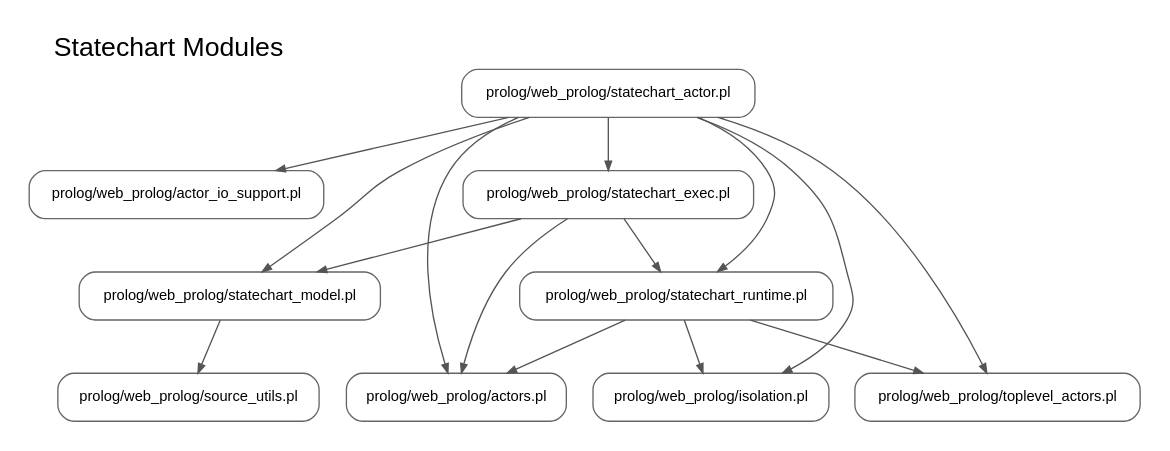
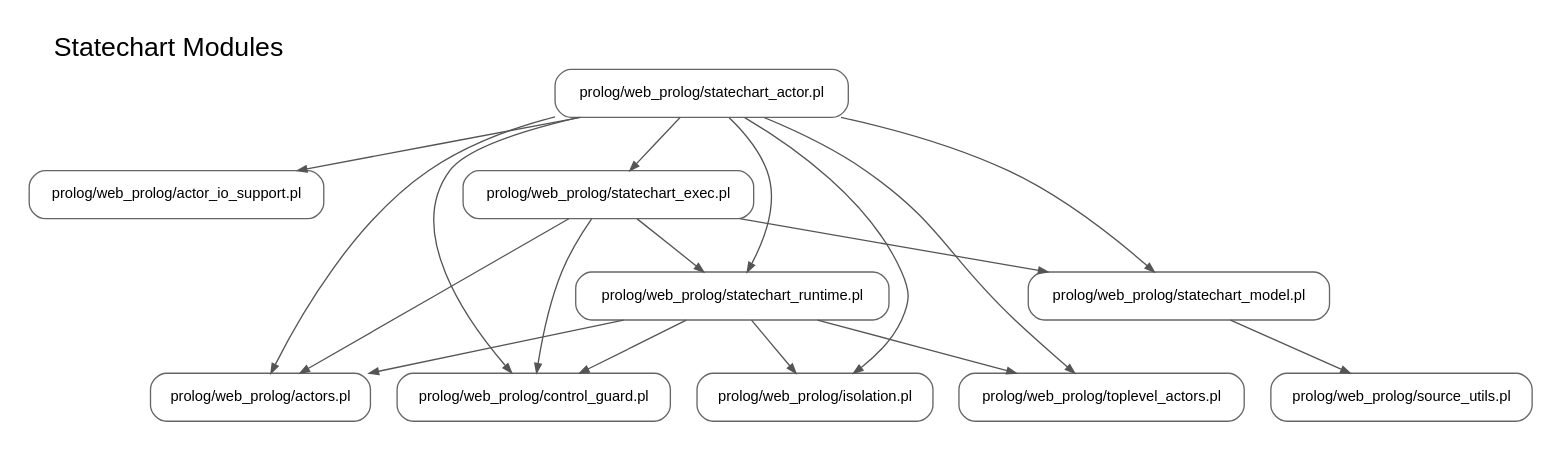
The diagram in docs/generated/dependency_graph/statechart-modules.dot (torbjornlager/trinity-demonstrator), drawn with Graphviz before and after one commit. The commit also changed 30 other files, not shown here.

```diff
--- a/docs/generated/dependency_graph/statechart-modules.dot
+++ b/docs/generated/dependency_graph/statechart-modules.dot
@@ -1,29 +1,33 @@
 digraph dependency_graph {
   graph [rankdir=TB, labelloc=t, labeljust=l, fontsize=20, fontname="Helvetica", overlap=false, splines=true, nodesep=0.28, ranksep=0.55, pad=0.2];
   node [shape=box, style="rounded", color="#666666", fontname="Helvetica", fontsize=11, margin="0.08,0.05"];
   edge [color="#555555", arrowsize=0.7, penwidth=1.0];
   label="Statechart Modules";
   n0 [label="prolog/web_prolog/actor_io_support.pl"];
   n1 [label="prolog/web_prolog/actors.pl"];
-  n2 [label="prolog/web_prolog/isolation.pl"];
-  n3 [label="prolog/web_prolog/source_utils.pl"];
-  n4 [label="prolog/web_prolog/statechart_actor.pl"];
-  n5 [label="prolog/web_prolog/statechart_exec.pl"];
-  n6 [label="prolog/web_prolog/statechart_model.pl"];
-  n7 [label="prolog/web_prolog/statechart_runtime.pl"];
-  n8 [label="prolog/web_prolog/toplevel_actors.pl"];
-  n4 -> n0;
-  n4 -> n1;
-  n4 -> n2;
-  n4 -> n5;
-  n4 -> n6;
-  n4 -> n7;
-  n4 -> n8;
+  n2 [label="prolog/web_prolog/control_guard.pl"];
+  n3 [label="prolog/web_prolog/isolation.pl"];
+  n4 [label="prolog/web_prolog/source_utils.pl"];
+  n5 [label="prolog/web_prolog/statechart_actor.pl"];
+  n6 [label="prolog/web_prolog/statechart_exec.pl"];
+  n7 [label="prolog/web_prolog/statechart_model.pl"];
+  n8 [label="prolog/web_prolog/statechart_runtime.pl"];
+  n9 [label="prolog/web_prolog/toplevel_actors.pl"];
+  n5 -> n0;
   n5 -> n1;
+  n5 -> n2;
+  n5 -> n3;
   n5 -> n6;
   n5 -> n7;
-  n6 -> n3;
-  n7 -> n1;
-  n7 -> n2;
-  n7 -> n8;
+  n5 -> n8;
+  n5 -> n9;
+  n6 -> n1;
+  n6 -> n2;
+  n6 -> n7;
+  n6 -> n8;
+  n7 -> n4;
+  n8 -> n1;
+  n8 -> n2;
+  n8 -> n3;
+  n8 -> n9;
 }
```
